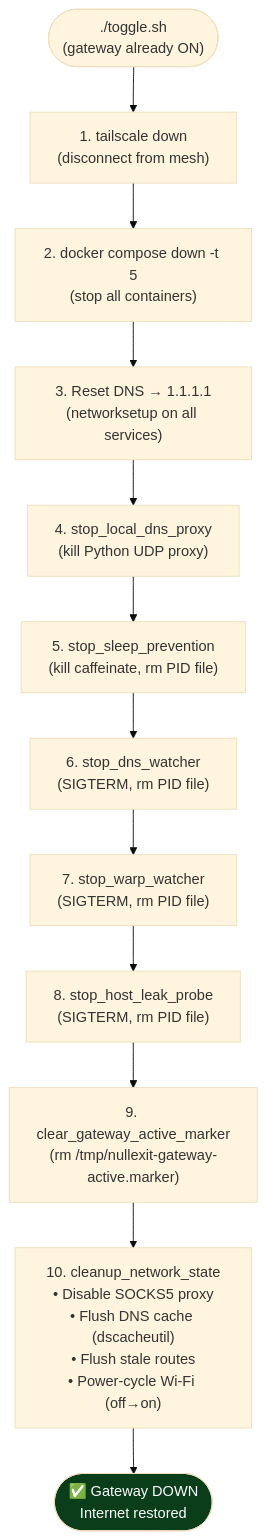
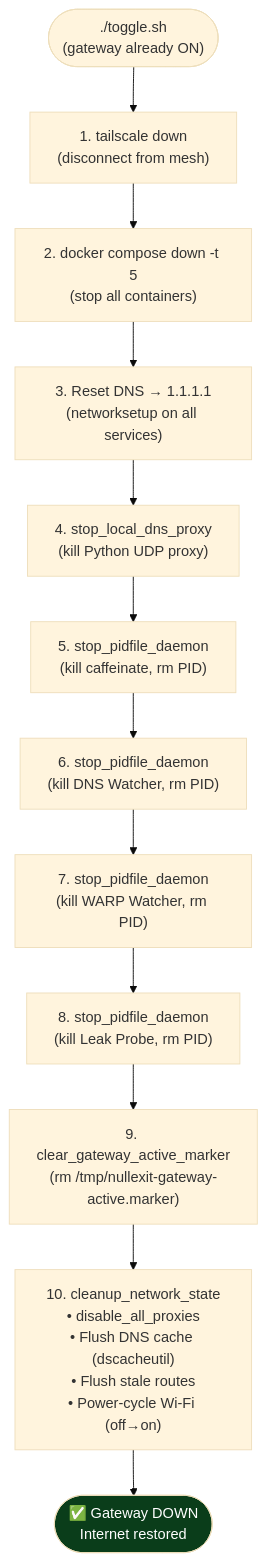
The third of 7 diagrams in diagrams.md (OmarAlaaeldein/nullexit), drawn with Mermaid (base theme) before and after one commit. The commit also changed other lines of this file, not shown here.

Commit message:
docs(diagrams): update flowcharts to reflect bash script deduplication
- Replaced references to individual stop_* daemon functions with the new abstract `stop_pidfile_daemon` function in the STOP flow and recovery flow.
- Replaced references to 'Disable SOCKS5 proxy' with the new abstract `disable_all_proxies` function.

````diff
--- a/diagrams.md
+++ b/diagrams.md
@@ -143,22 +143,22 @@
 ```mermaid
 flowchart TD
     STOP(["./toggle.sh\n(gateway already ON)"])
 
     ST1["1. tailscale down\n(disconnect from mesh)"]
     ST2["2. docker compose down -t 5\n(stop all containers)"]
     ST3["3. Reset DNS → 1.1.1.1\n(networksetup on all services)"]
     ST4["4. stop_local_dns_proxy\n(kill Python UDP proxy)"]
-    ST5["5. stop_sleep_prevention\n(kill caffeinate, rm PID file)"]
-    ST6["6. stop_dns_watcher\n(SIGTERM, rm PID file)"]
-    ST7["7. stop_warp_watcher\n(SIGTERM, rm PID file)"]
-    ST8["8. stop_host_leak_probe\n(SIGTERM, rm PID file)"]
+    ST5["5. stop_pidfile_daemon\n(kill caffeinate, rm PID)"]
+    ST6["6. stop_pidfile_daemon\n(kill DNS Watcher, rm PID)"]
+    ST7["7. stop_pidfile_daemon\n(kill WARP Watcher, rm PID)"]
+    ST8["8. stop_pidfile_daemon\n(kill Leak Probe, rm PID)"]
     ST9["9. clear_gateway_active_marker\n(rm /tmp/nullexit-gateway-active.marker)"]
-    ST10["10. cleanup_network_state\n• Disable SOCKS5 proxy\n• Flush DNS cache (dscacheutil)\n• Flush stale routes\n• Power-cycle Wi-Fi (off→on)"]
+    ST10["10. cleanup_network_state\n• disable_all_proxies\n• Flush DNS cache (dscacheutil)\n• Flush stale routes\n• Power-cycle Wi-Fi (off→on)"]
 
     DONE(["✅ Gateway DOWN\nInternet restored"])
 
     STOP --> ST1 --> ST2 --> ST3 --> ST4
     ST4 --> ST5 --> ST6 --> ST7 --> ST8 --> ST9 --> ST10 --> DONE
 
     style DONE fill:#0a3d1a,color:#fff
 ```
````
